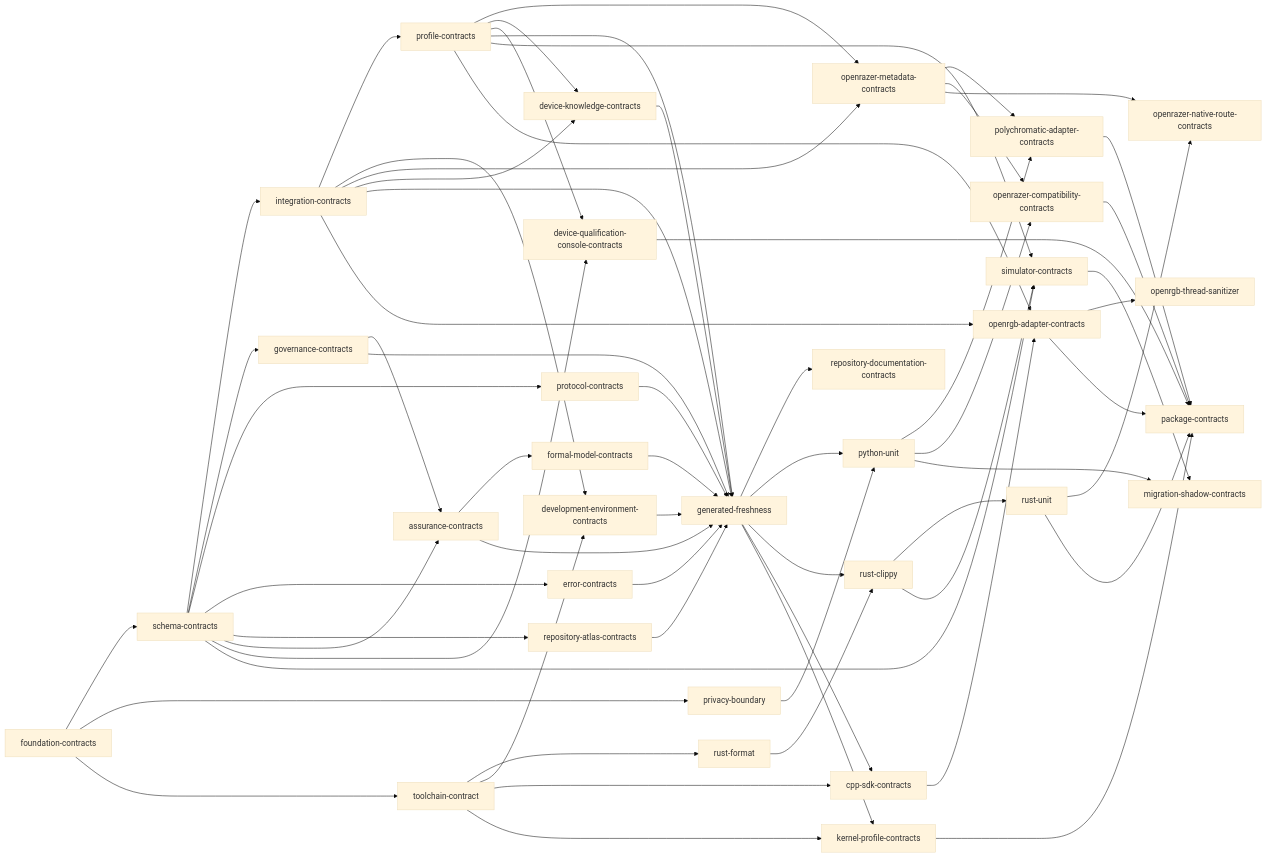
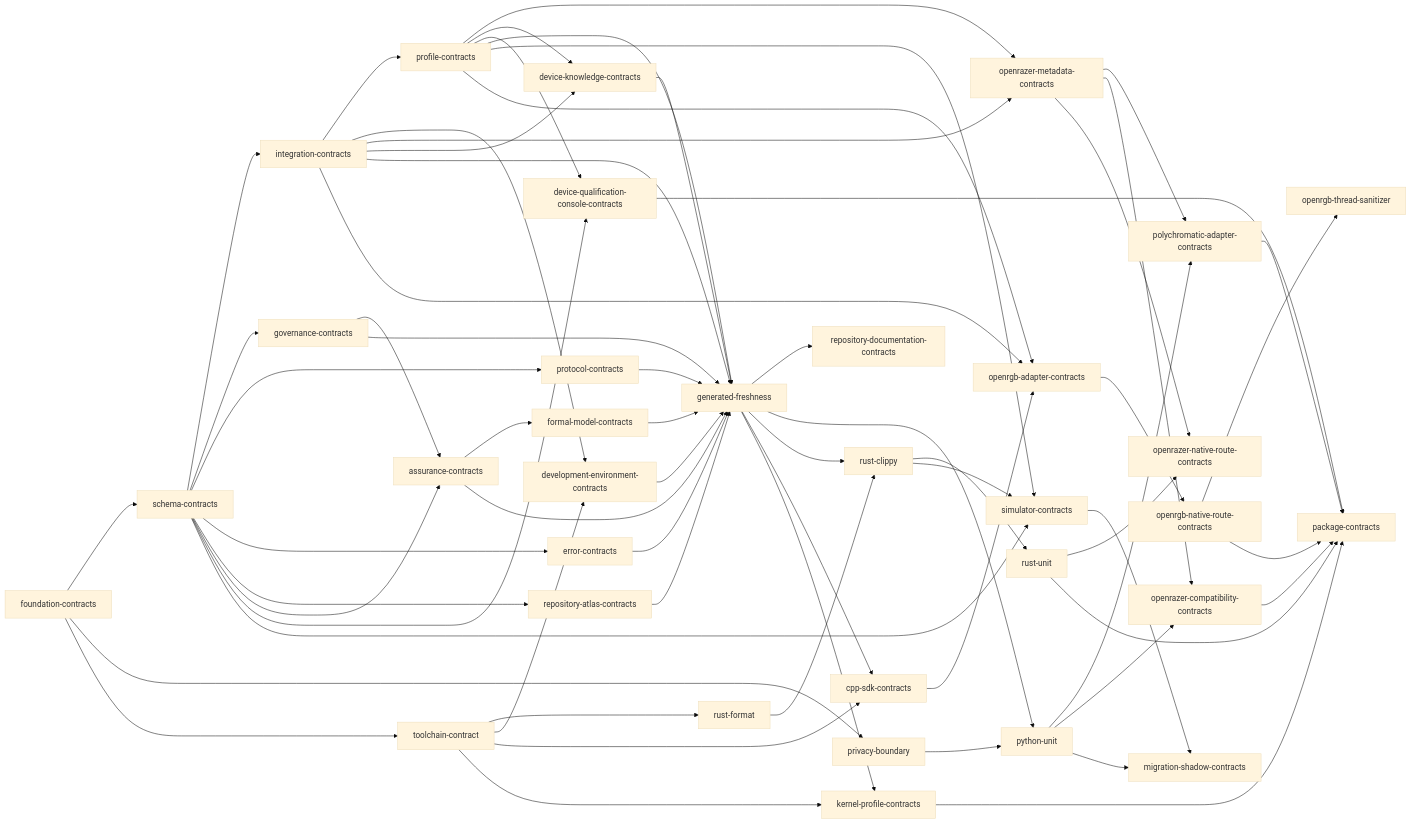
One commit to offalexjackson777-stack/hyperflux-next changed the diagram in docs/generated/verification.md. Above: the diagram before and after it, drawn with Mermaid (base theme). The commit also changed other lines of this file and 47 other files, not shown here.

Commit message:
feat: add source-bound OpenRGB native route

```diff
--- a/docs/generated/verification.md
+++ b/docs/generated/verification.md
@@ -74,6 +75,7 @@
     openrazer_compatibility_contracts["openrazer-compatibility-contracts"]
     openrazer_native_route_contracts["openrazer-native-route-contracts"]
     migration_shadow_contracts["migration-shadow-contracts"]
+    openrgb_native_route_contracts["openrgb-native-route-contracts"]
     openrgb_thread_sanitizer["openrgb-thread-sanitizer"]
     package_contracts["package-contracts"]
     foundation_contracts --> schema_contracts
@@ -131,9 +133,10 @@
     rust_unit --> openrazer_native_route_contracts
     simulator_contracts --> migration_shadow_contracts
     python_unit --> migration_shadow_contracts
-    openrgb_adapter_contracts --> openrgb_thread_sanitizer
+    openrgb_adapter_contracts --> openrgb_native_route_contracts
+    openrgb_native_route_contracts --> openrgb_thread_sanitizer
     kernel_profile_contracts --> package_contracts
-    openrgb_adapter_contracts --> package_contracts
+    openrgb_native_route_contracts --> package_contracts
     polychromatic_adapter_contracts --> package_contracts
     openrazer_compatibility_contracts --> package_contracts
     rust_unit --> package_contracts
```
